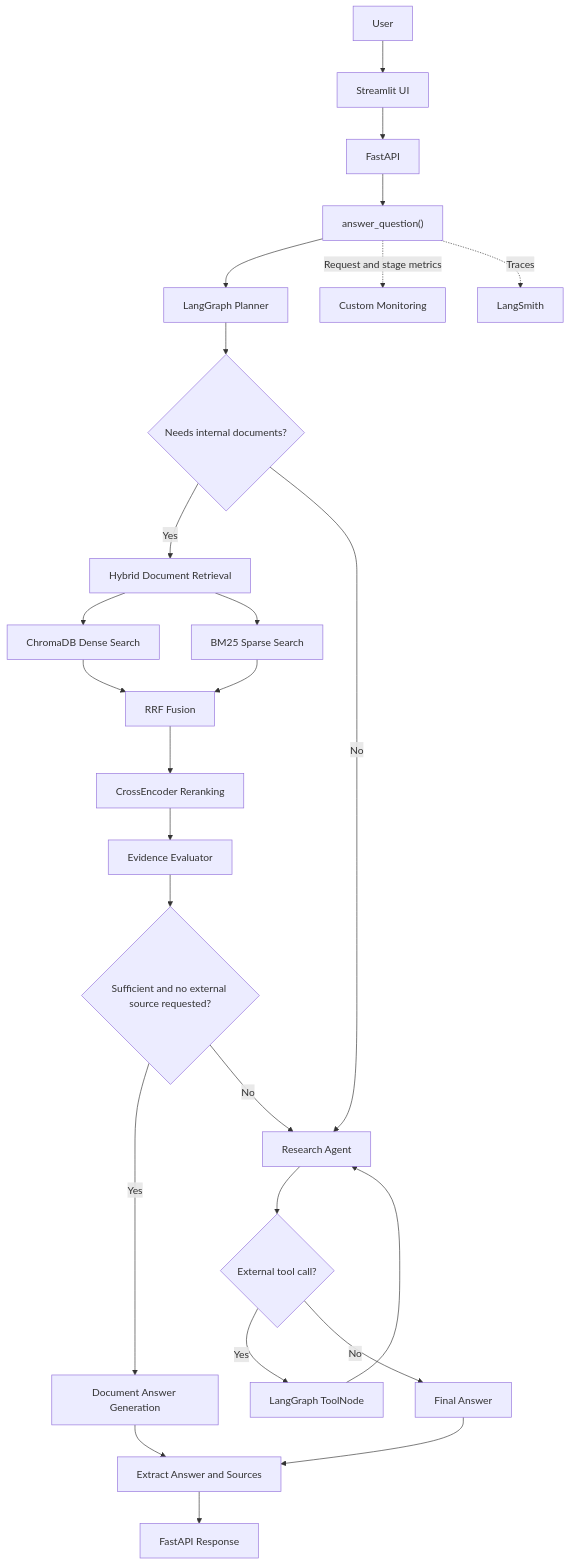
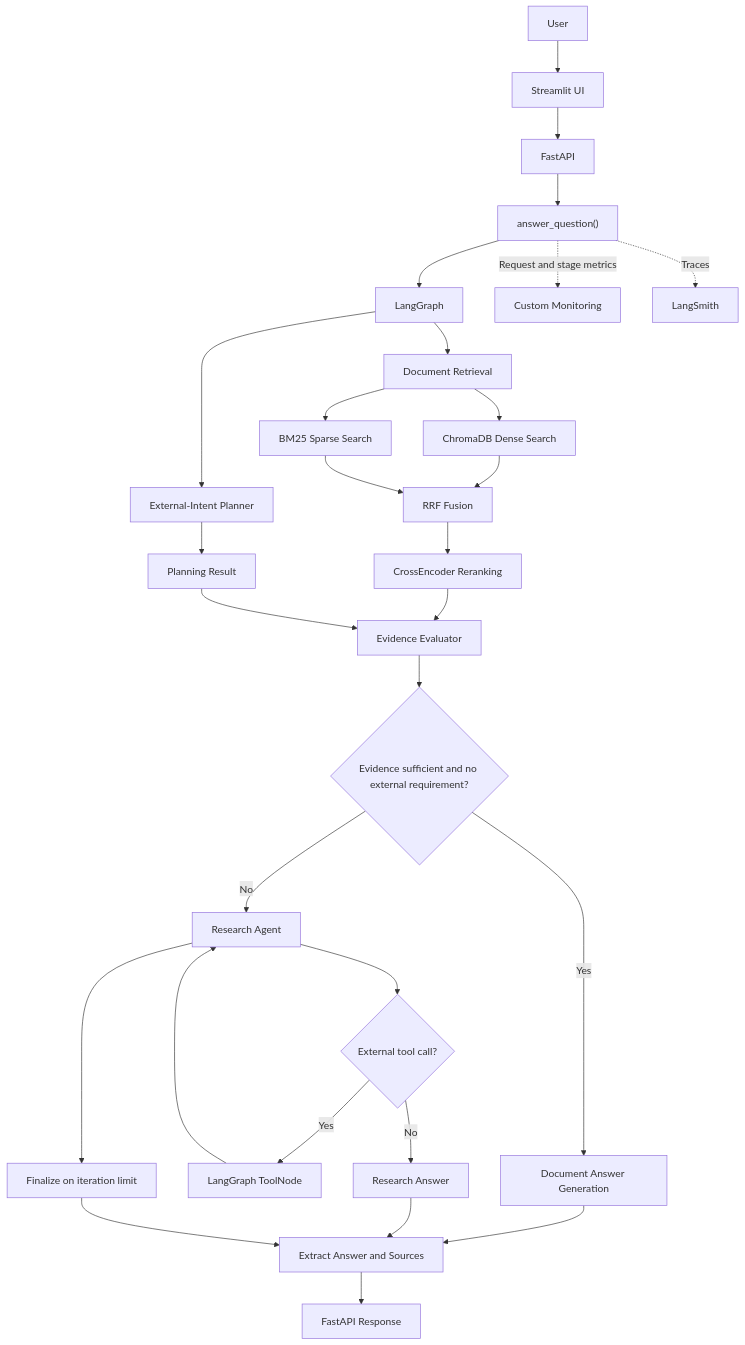
One commit to EshikaGupta/SentinelAI changed the diagram in README.md. Above: the diagram before and after it, drawn with Mermaid. The commit also changed other lines of this file and 1 other file, not shown here.

````diff
--- a/README.md
+++ b/README.md
@@ -281,34 +316,40 @@
 ``` mermaid
 flowchart TD
     A["User"] --> B["Streamlit UI"]
     B --> C["FastAPI"]
     C --> D["answer_question()"]
-    D --> E["LangGraph Planner"]
+    D --> E["LangGraph"]
 
-    E --> F{"Needs internal documents?"}
-    F -->|Yes| G["Hybrid Document Retrieval"]
-    F -->|No| N["Research Agent"]
+    E --> F["Document Retrieval"]
+    E --> G["External-Intent Planner"]
 
-    G --> H["ChromaDB Dense Search"]
-    G --> I["BM25 Sparse Search"]
+    F --> H["ChromaDB Dense Search"]
+    F --> I["BM25 Sparse Search"]
+
     H --> J["RRF Fusion"]
     I --> J
     J --> K["CrossEncoder Reranking"]
-    K --> L["Evidence Evaluator"]
 
-    L --> M{"Sufficient and no external source requested?"}
-    M -->|Yes| O["Document Answer Generation"]
-    M -->|No| N
+    G --> L["Planning Result"]
 
-    N --> P{"External tool call?"}
-    P -->|Yes| Q["LangGraph ToolNode"]
-    Q --> N
-    P -->|No| R["Final Answer"]
+    K --> M["Evidence Evaluator"]
+    L --> M
 
-    O --> S["Extract Answer and Sources"]
-    R --> S
-    S --> T["FastAPI Response"]
+    M --> N{"Evidence sufficient and no external requirement?"}
+    N -->|Yes| O["Document Answer Generation"]
+    N -->|No| P["Research Agent"]
 
-    D -. "Request and stage metrics" .-> U["Custom Monitoring"]
-    D -. "Traces" .-> V["LangSmith"]
+    P --> Q{"External tool call?"}
+    Q -->|Yes| R["LangGraph ToolNode"]
+    R --> P
+    Q -->|No| S["Research Answer"]
+    P --> T["Finalize on iteration limit"]
+
+    O --> U["Extract Answer and Sources"]
+    S --> U
+    T --> U
+    U --> V["FastAPI Response"]
+
+    D -. "Request and stage metrics" .-> W["Custom Monitoring"]
+    D -. "Traces" .-> X["LangSmith"]
 ```
````
